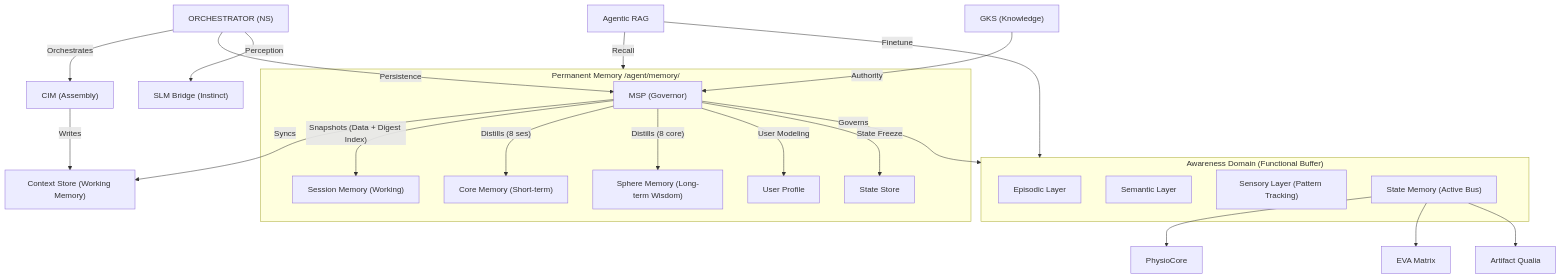
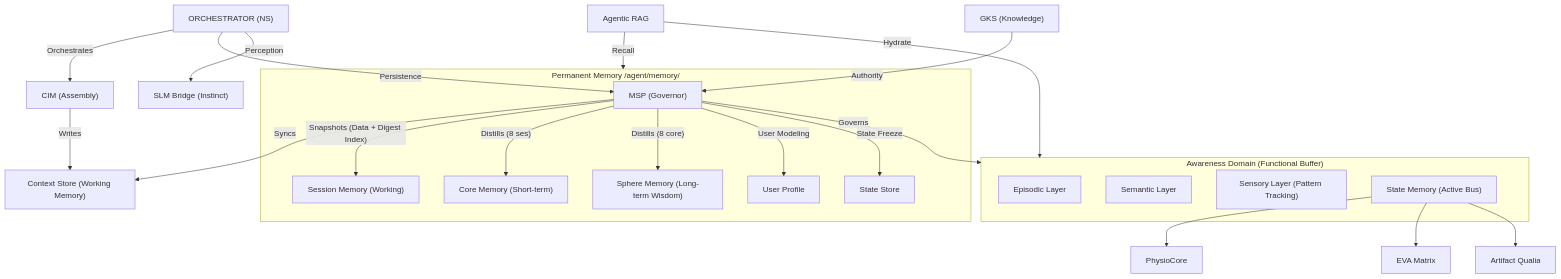
Before and after one commit to Freshair129/agentic_agent: the diagram in docs/03_Architecture/v9.4.3_SYSTEM_STORAGE_ERD.md, drawn with Mermaid. The commit also changed 1 other file, not shown here.

Commit message:
[Doc] Corrected misleading terminology 'Finetune' to 'Hydrate' in architectural diagrams.

````diff
--- a/docs/03_Architecture/v9.4.3_SYSTEM_STORAGE_ERD.md
+++ b/docs/03_Architecture/v9.4.3_SYSTEM_STORAGE_ERD.md
@@ -12,40 +12,40 @@
 ```mermaid
 flowchart TD
     %% Controllers
     ORCHESTRATOR["ORCHESTRATOR (NS)"] -- "Orchestrates" --> CIM["CIM (Assembly)"]
     ORCHESTRATOR -- "Persistence" --> MSP["MSP (Governor)"]
     ORCHESTRATOR -- "Perception" --> SLM["SLM Bridge (Instinct)"]
     
     %% Working Memory
     CIM -- "Writes" --> CONTEXT["Context Store (Working Memory)"]
     MSP -- "Syncs" --> CONTEXT
     
     %% Long-Term Memory (LTM) Hierarchy
     subgraph LTM ["Permanent Memory /agent/memory/"]
         MSP -- "Snapshots (Data + Digest Index)" --> SESSION_MEM["Session Memory (Working)"]
         MSP -- "Distills (8 ses)" --> CORE_MEM["Core Memory (Short-term)"]
         MSP -- "Distills (8 core)" --> SPHERE_MEM["Sphere Memory (Long-term Wisdom)"]
         MSP -- "User Modeling" --> USER_MEM["User Profile"]
         MSP -- "State Freeze" --> STATE_STORE["State Store"]
     end
 
     %% Active Awareness /agent/consciousness/
     subgraph Consciousness ["Awareness Domain (Functional Buffer)"]
         EPISODIC["Episodic Layer"]
         SEMANTIC["Semantic Layer"]
         SENSORY["Sensory Layer (Pattern Tracking)"]
         STATE_MEM["State Memory (Active Bus)"]
     end
 
     MSP -- "Governs" --> Consciousness
 
     %% Systems Interaction
     GKS["GKS (Knowledge)"] -- "Authority" --> MSP
     STATE_MEM --> PHYSIO["PhysioCore"]
     STATE_MEM --> MATRIX["EVA Matrix"]
     STATE_MEM --> QUALIA["Artifact Qualia"]
 
     %% Retrieval Logic
     AGENTIC_RAG["Agentic RAG"] -- "Recall" --> LTM
-    AGENTIC_RAG -- "Finetune" --> Consciousness
+    AGENTIC_RAG -- "Hydrate" --> Consciousness
 ```
````
